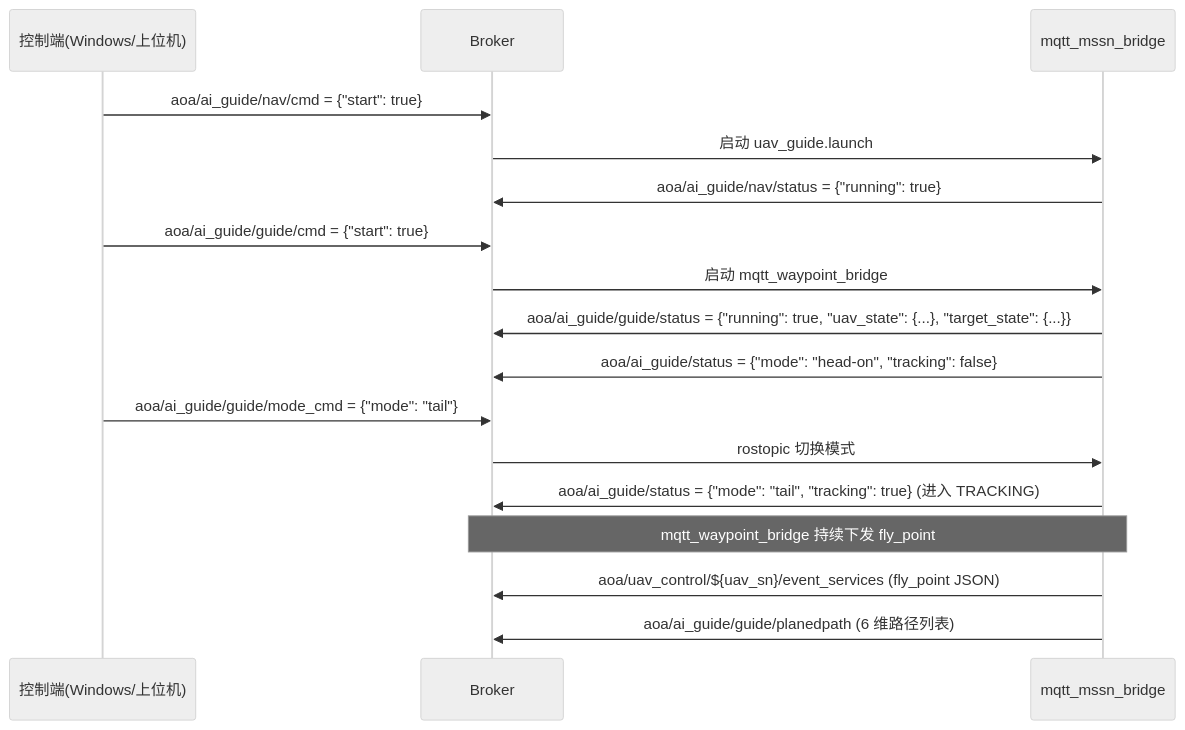
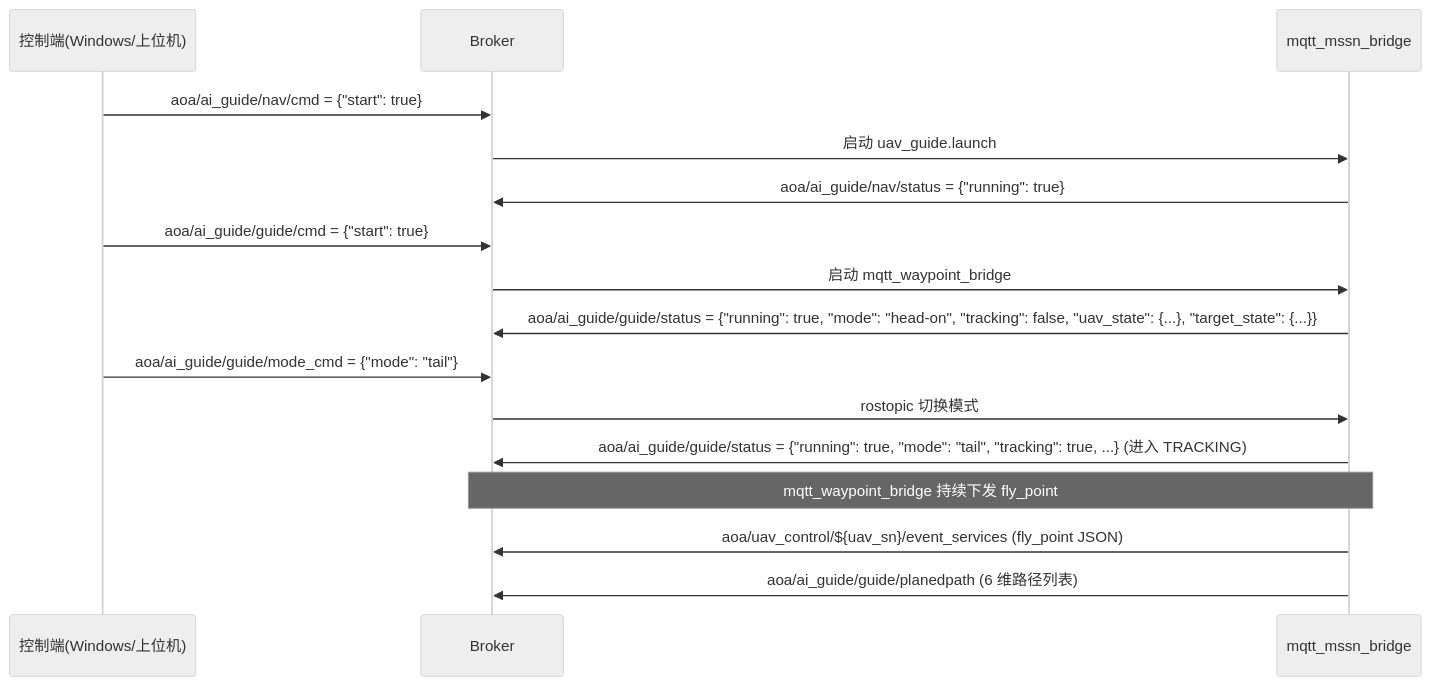
The second of 2 diagrams in ros_mqtt_bridge/scripts/MQTT_INTERFACE.md (ZhangxiaokangRichard/beam_UAV_path_plan), drawn with Mermaid (neutral theme) before and after one commit. The commit also changed other lines of this file and 2 other files, not shown here.

Commit message:
refactor: merge mode/tracking into aoa/ai_guide/guide/status, remove ai_guide/status topic

````diff
--- a/ros_mqtt_bridge/scripts/MQTT_INTERFACE.md
+++ b/ros_mqtt_bridge/scripts/MQTT_INTERFACE.md
@@ -327,19 +321,18 @@
 ```mermaid
 sequenceDiagram
     participant C as 控制端(Windows/上位机)
     participant B as Broker
     participant M as mqtt_mssn_bridge
     C->>B: aoa/ai_guide/nav/cmd = {"start": true}
     B->>M: 启动 uav_guide.launch
     M->>B: aoa/ai_guide/nav/status = {"running": true}
     C->>B: aoa/ai_guide/guide/cmd = {"start": true}
     B->>M: 启动 mqtt_waypoint_bridge
-    M->>B: aoa/ai_guide/guide/status = {"running": true, "uav_state": {...}, "target_state": {...}}
-    M->>B: aoa/ai_guide/status = {"mode": "head-on", "tracking": false}
+    M->>B: aoa/ai_guide/guide/status = {"running": true, "mode": "head-on", "tracking": false, "uav_state": {...}, "target_state": {...}}
     C->>B: aoa/ai_guide/guide/mode_cmd = {"mode": "tail"}
     B->>M: rostopic 切换模式
-    M->>B: aoa/ai_guide/status = {"mode": "tail", "tracking": true}  (进入 TRACKING)
+    M->>B: aoa/ai_guide/guide/status = {"running": true, "mode": "tail", "tracking": true, ...}  (进入 TRACKING)
     Note over M,B: mqtt_waypoint_bridge 持续下发 fly_point
     M->>B: aoa/uav_control/${uav_sn}/event_services (fly_point JSON)
     M->>B: aoa/ai_guide/guide/planedpath (6 维路径列表)
 ```
````
